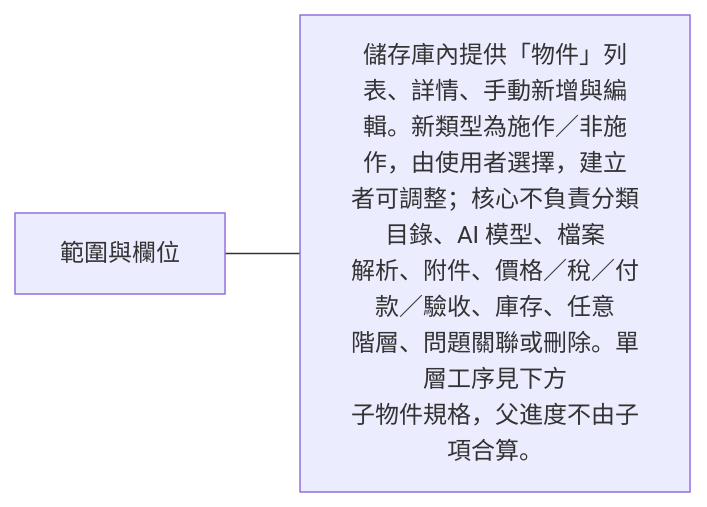
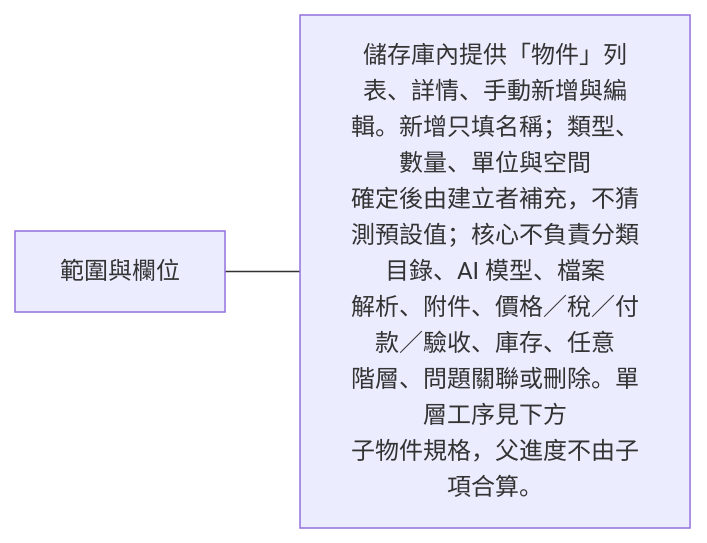
One commit to 963sup/line-mini-app-bot changed the second of 8 diagrams in docs/domains/object/design.md. Above: the diagram before and after it, drawn with Mermaid. The commit also changed other lines of this file and 63 other files, not shown here.

````diff
--- a/docs/domains/object/design.md
+++ b/docs/domains/object/design.md
@@ -13,5 +13,5 @@
 ```mermaid
 flowchart LR
   h["範圍與欄位"]
-  h --- n0["儲存庫內提供「物件」列表、詳情、手動新增與編<br/>輯。新類型為施作／非施作，由使用者選擇，建立<br/>者可調整；核心不負責分類目錄、AI 模型、檔案<br/>解析、附件、價格／稅／付款／驗收、庫存、任意<br/>階層、問題關聯或刪除。單層工序見下方<br/>子物件規格，父進度不由子項合算。"]
+  h --- n0["儲存庫內提供「物件」列表、詳情、手動新增與編<br/>輯。新增只填名稱；類型、數量、單位與空間<br/>確定後由建立者補充，不猜測預設值；核心不負責分類目錄、AI 模型、檔案<br/>解析、附件、價格／稅／付款／驗收、庫存、任意<br/>階層、問題關聯或刪除。單層工序見下方<br/>子物件規格，父進度不由子項合算。"]
 ```
````
